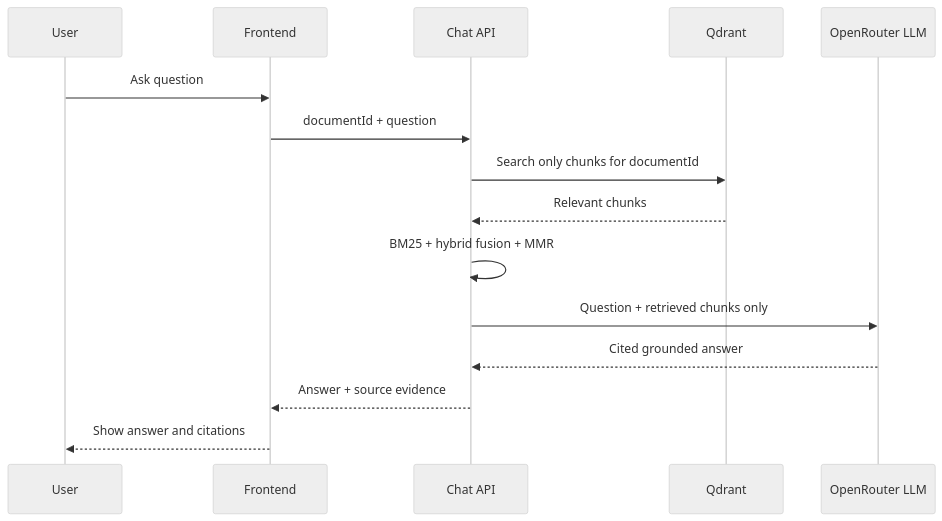
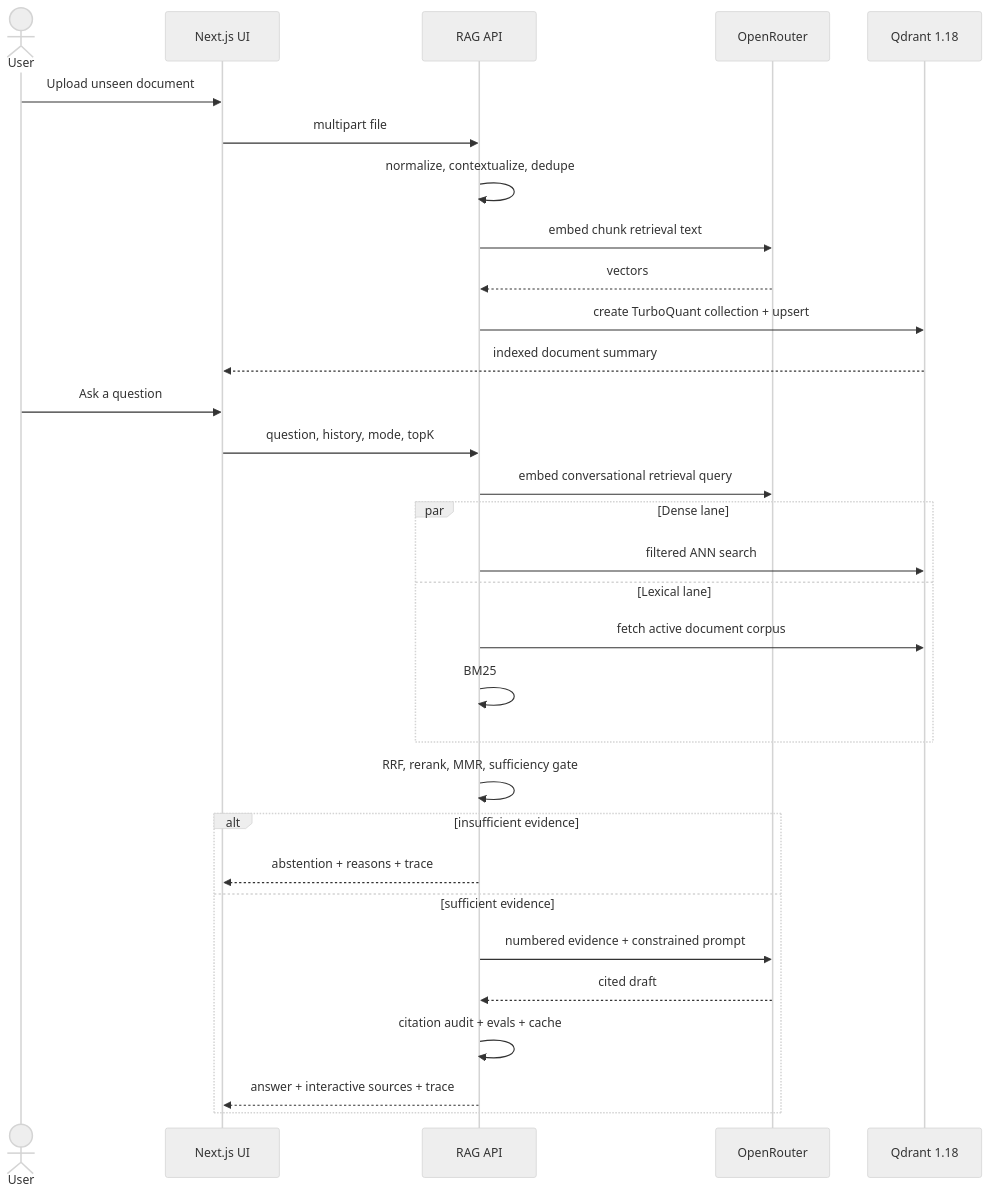
Before and after one commit to ReaperXD67/notebooklm-rag: the second of 3 diagrams in docs/HLD_DIAGRAM.md, drawn with Mermaid (neutral theme). The commit also changed other lines of this file and 31 other files, not shown here.

Commit message:
Build evidence-first advanced RAG workbench

````diff
--- a/docs/HLD_DIAGRAM.md
+++ b/docs/HLD_DIAGRAM.md
@@ -89,18 +60,35 @@
 ```mermaid
 sequenceDiagram
-    participant User
-    participant UI as Frontend
-    participant API as Chat API
-    participant VDB as Qdrant
-    participant LLM as OpenRouter LLM
+    actor User
+    participant UI as Next.js UI
+    participant API as RAG API
+    participant OR as OpenRouter
+    participant Q as Qdrant 1.18
 
-    User->>UI: Ask question
-    UI->>API: documentId + question
-    API->>VDB: Search only chunks for documentId
-    VDB-->>API: Relevant chunks
-    API->>API: BM25 + hybrid fusion + MMR
-    API->>LLM: Question + retrieved chunks only
-    LLM-->>API: Cited grounded answer
-    API-->>UI: Answer + source evidence
-    UI-->>User: Show answer and citations
+    User->>UI: Upload unseen document
+    UI->>API: multipart file
+    API->>API: normalize, contextualize, dedupe
+    API->>OR: embed chunk retrieval text
+    OR-->>API: vectors
+    API->>Q: create TurboQuant collection + upsert
+    Q-->>UI: indexed document summary
+
+    User->>UI: Ask a question
+    UI->>API: question, history, mode, topK
+    API->>OR: embed conversational retrieval query
+    par Dense lane
+        API->>Q: filtered ANN search
+    and Lexical lane
+        API->>Q: fetch active document corpus
+        API->>API: BM25
+    end
+    API->>API: RRF, rerank, MMR, sufficiency gate
+    alt insufficient evidence
+        API-->>UI: abstention + reasons + trace
+    else sufficient evidence
+        API->>OR: numbered evidence + constrained prompt
+        OR-->>API: cited draft
+        API->>API: citation audit + evals + cache
+        API-->>UI: answer + interactive sources + trace
+    end
 ```
````
